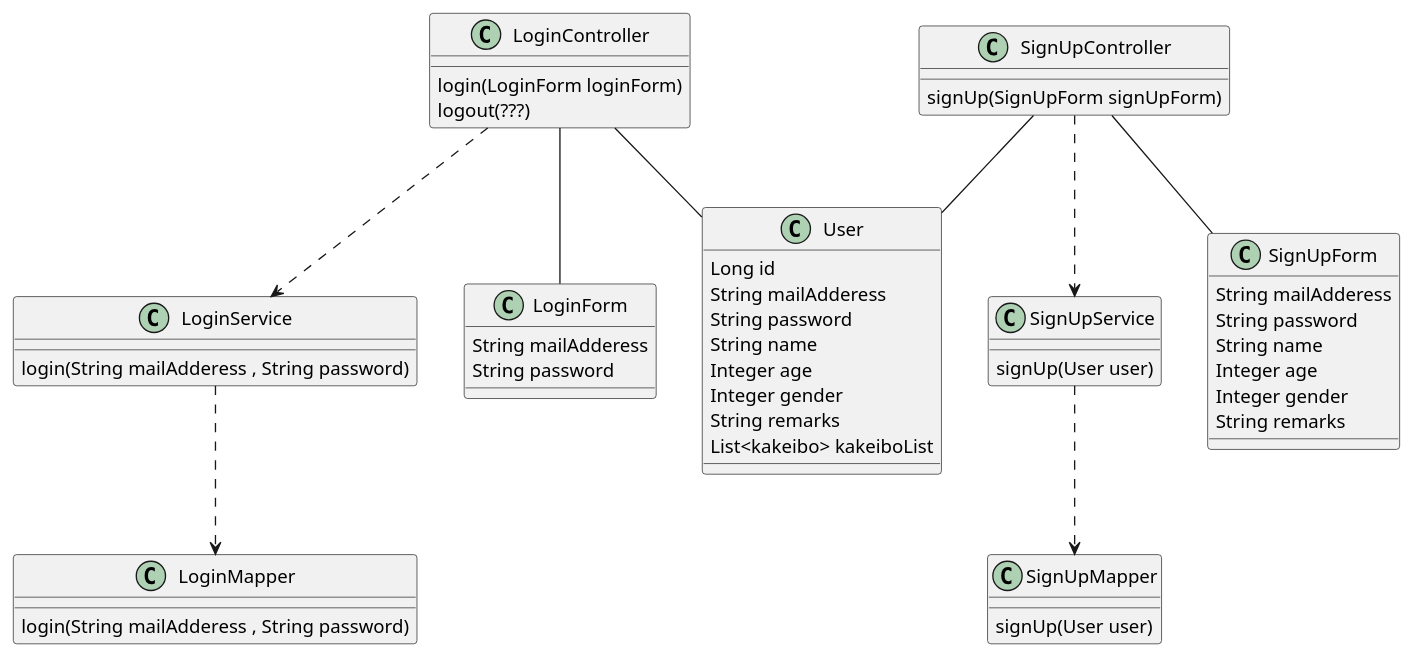
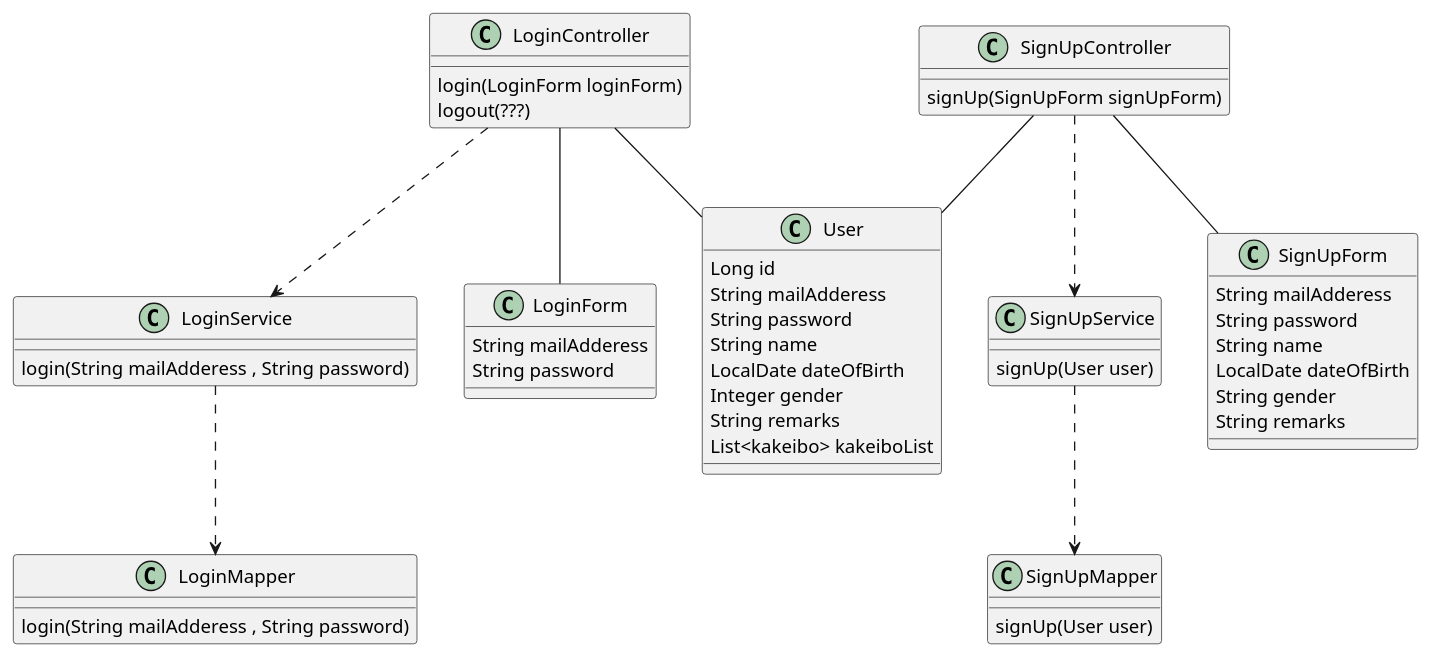
One commit to shinnamie/sns-kakeibo changed the diagram in UML/クラス図/class.pu. Above: the diagram before and after it, drawn with PlantUML. The commit also changed 1 other file, not shown here.

Commit message:
UML図の修正

```diff
--- a/UML/クラス図/class.pu
+++ b/UML/クラス図/class.pu
@@ -1,86 +1,86 @@
 @startuml
 
 top to bottom direction
 
 class LoginController {
 
     login(LoginForm loginForm)
     logout(???)
 
 }
 
 class LoginService{
     
     login(String mailAdderess , String password)
     
 }
 
 class LoginMapper{
     
     login(String mailAdderess , String password)
     
 }
 
 class SignUpController{
 
     signUp(SignUpForm signUpForm)
     
 }
 
 class SignUpService{
 
     signUp(User user)
 }
 
 class SignUpMapper{
 
     signUp(User user)
 }
 
 class SignUpForm{
 
     String mailAdderess
     String password
     String name
-    Integer age
-    Integer gender
+    LocalDate dateOfBirth
+    String gender
     String remarks
 }
 
 class User{
 
     Long id
     String mailAdderess
     String password
     String name
-    Integer age
+    LocalDate dateOfBirth
     Integer gender
     String remarks
     List<kakeibo> kakeiboList
 }
 
 class LoginForm{
 
     String mailAdderess
     String password
 
 }
 
 
 
 
 
 
 LoginController  ..>  LoginService 
 LoginService  ..>  LoginMapper 
 LoginController -- LoginForm
 LoginController -- User
 
 SignUpController  ..>  SignUpService 
 SignUpService  ..>  SignUpMapper 
 SignUpController -- SignUpForm
 SignUpController -- User
 
 
 
 @enduml
```
